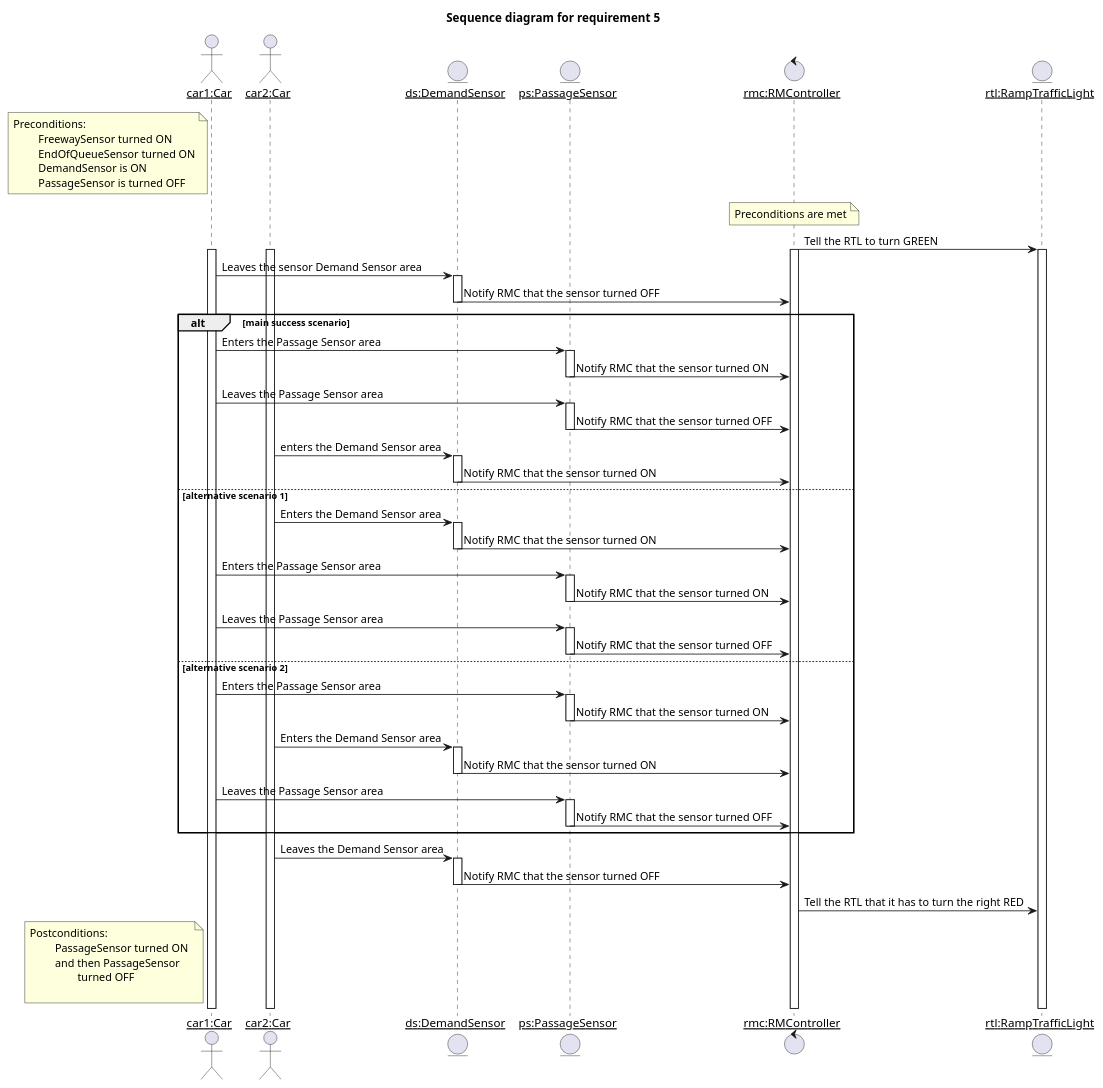
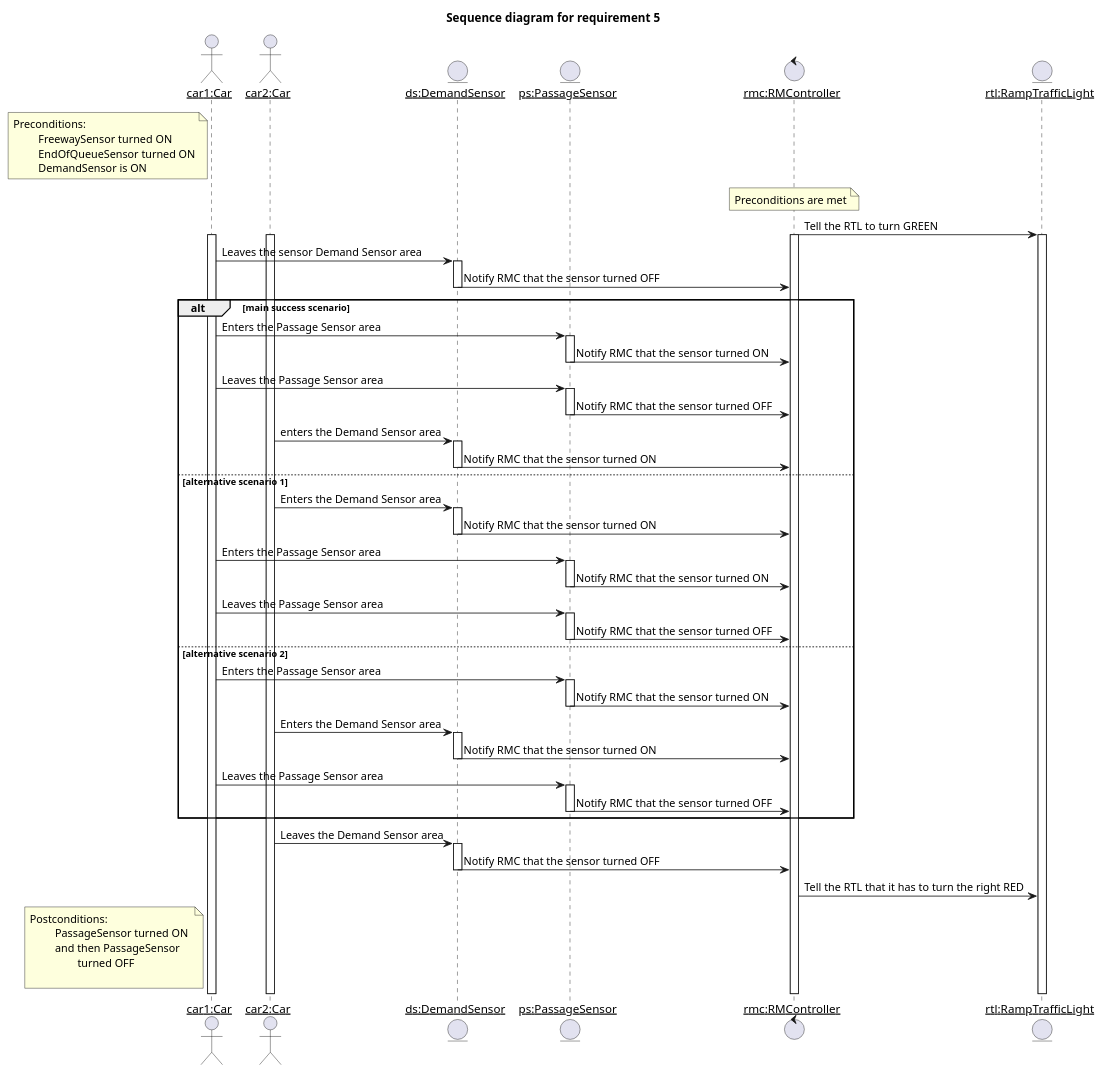
Before and after one commit to MaksimKarnaukh/MoSIS: the diagram in 01_RequirementsChecking/diagrams/sequence_diagram_req5.puml, drawn with PlantUML.

```diff
--- a/01_RequirementsChecking/diagrams/sequence_diagram_req5.puml
+++ b/01_RequirementsChecking/diagrams/sequence_diagram_req5.puml
@@ -1,92 +1,92 @@
 @startuml
 skinparam sequenceParticipant underline
 
 '5) When the FS is ON and the QS is ON,
 'if DS is turned ON, it indicates intense traffic over the ramp.
 'In this scenario, two cars must cross the TL before it turns RED.
 'Then, set TL to GREEN. After DS is OFF, ON and OFF (two cars),
 'turn TL to RED.
 
 title "Sequence diagram for requirement 5"
 
 actor "car1:Car" as Car1
 actor "car2:Car" as Car2
 
 entity "ds:DemandSensor" as DS
 entity "ps:PassageSensor" as PS
 control "rmc:RMController" as RMC
 entity "rtl:RampTrafficLight" as RTL
 
-note left of Car1: Preconditions:\n\t FreewaySensor turned ON\n\t EndOfQueueSensor turned ON\n\t DemandSensor is ON\n\t PassageSensor is turned OFF
+note left of Car1: Preconditions:\n\t FreewaySensor turned ON\n\t EndOfQueueSensor turned ON\n\t DemandSensor is ON
 
 'below commented lines not explicitly needed because they are part of the preconditions
 'FS -> RMC: on
 'QS -> RMC: on
 'DS -> RMC: on
 
 note over RMC: Preconditions are met
 RMC -> RTL: Tell the RTL to turn GREEN
 Activate RTL
 Activate Car1
 Activate Car2
 Activate RMC
 
 Car1 -> DS: Leaves the sensor Demand Sensor area
 Activate DS
 DS -> RMC: Notify RMC that the sensor turned OFF
 Deactivate DS
 
 alt main success scenario
     Car1 -> PS: Enters the Passage Sensor area
     Activate PS
     PS -> RMC: Notify RMC that the sensor turned ON
     Deactivate PS
     Car1 -> PS: Leaves the Passage Sensor area
     Activate PS
     PS -> RMC: Notify RMC that the sensor turned OFF
     Deactivate PS
     Car2 -> DS: enters the Demand Sensor area
     Activate DS
     DS -> RMC: Notify RMC that the sensor turned ON
     Deactivate DS
 else alternative scenario 1
     Car2 -> DS: Enters the Demand Sensor area
     Activate DS
     DS -> RMC: Notify RMC that the sensor turned ON
     Deactivate DS
     Car1 -> PS: Enters the Passage Sensor area
     Activate PS
     PS -> RMC: Notify RMC that the sensor turned ON
     Deactivate PS
     Car1 -> PS: Leaves the Passage Sensor area
     Activate PS
     PS -> RMC: Notify RMC that the sensor turned OFF
     Deactivate PS
 else alternative scenario 2
     Car1 -> PS: Enters the Passage Sensor area
     Activate PS
     PS -> RMC: Notify RMC that the sensor turned ON
     Deactivate PS
     Car2 -> DS: Enters the Demand Sensor area
     Activate DS
     DS -> RMC: Notify RMC that the sensor turned ON
     Deactivate DS
     Car1 -> PS: Leaves the Passage Sensor area
     Activate PS
     PS -> RMC: Notify RMC that the sensor turned OFF
     Deactivate PS
 end
 
 
 Car2 -> DS: Leaves the Demand Sensor area
 Activate DS
 DS -> RMC: Notify RMC that the sensor turned OFF
 Deactivate DS
 
 RMC -> RTL: Tell the RTL that it has to turn the right RED
 'Deactivate RMC
 'Deactivate RTL
 
 note left of Car1: Postconditions:\n\t PassageSensor turned ON \n\t and then PassageSensor \n\t\t turned OFF\n\t
 
 @enduml
```
